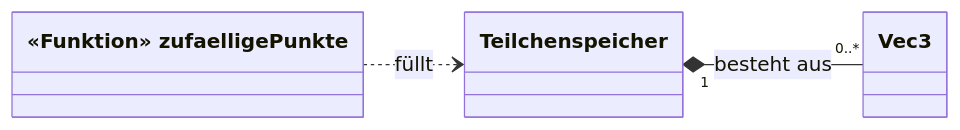
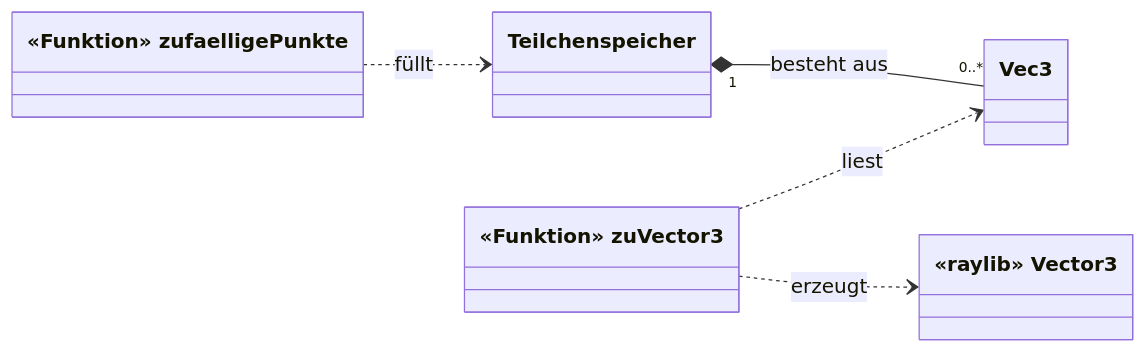
The first of 4 diagrams in docs/uml.md (Sang-TN/galaxy-collision), drawn with Mermaid before and after one commit. The commit also changed other lines of this file and 9 other files, not shown here.

````diff
--- a/docs/uml.md
+++ b/docs/uml.md
@@ -11,9 +11,13 @@
 ```mermaid
 classDiagram
     direction LR
     class Vec3
     class Teilchenspeicher
     Teilchenspeicher "1" *-- "0..*" Vec3 : besteht aus
     class zufall_hpp["«Funktion» zufaelligePunkte"]
     zufall_hpp ..> Teilchenspeicher : füllt
+    class umwandlung_hpp["«Funktion» zuVector3"]
+    class Vector3["«raylib» Vector3"]
+    umwandlung_hpp ..> Vec3 : liest
+    umwandlung_hpp ..> Vector3 : erzeugt
 ```
````
